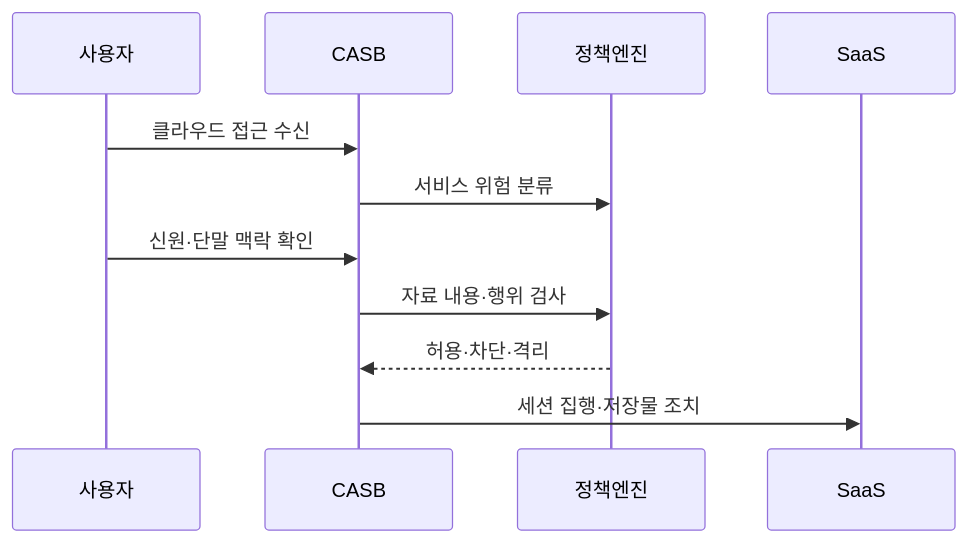
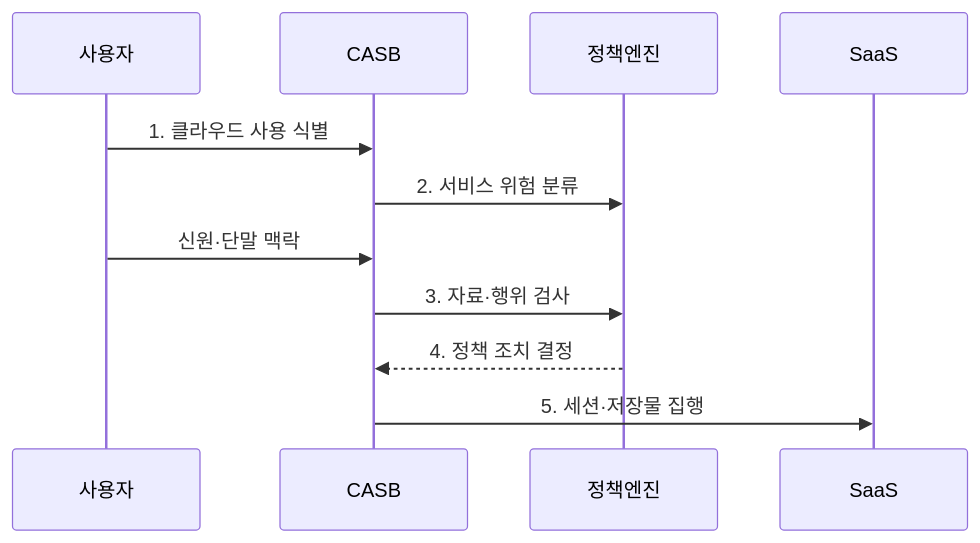
One commit to agnusdei1207/knowledge-base changed the second of 2 diagrams in src/content/docs/notes/04-network/092_casb.md. Above: the diagram before and after it, drawn with Mermaid. The commit also changed other lines of this file and 21 other files, not shown here.

````diff
--- a/src/content/docs/notes/04-network/092_casb.md
+++ b/src/content/docs/notes/04-network/092_casb.md
@@ -80,13 +77,13 @@
 ```mermaid
 sequenceDiagram
     participant 사용자
     participant CASB
     participant 정책엔진
     participant SaaS
-    사용자->>CASB: 클라우드 접근 수신
-    CASB->>정책엔진: 서비스 위험 분류
-    사용자->>CASB: 신원·단말 맥락 확인
-    CASB->>정책엔진: 자료 내용·행위 검사
-    정책엔진-->>CASB: 허용·차단·격리
-    CASB->>SaaS: 세션 집행·저장물 조치
+    사용자->>CASB: 1. 클라우드 사용 식별
+    CASB->>정책엔진: 2. 서비스 위험 분류
+    사용자->>CASB: 신원·단말 맥락
+    CASB->>정책엔진: 3. 자료·행위 검사
+    정책엔진-->>CASB: 4. 정책 조치 결정
+    CASB->>SaaS: 5. 세션·저장물 집행
 ```
````
